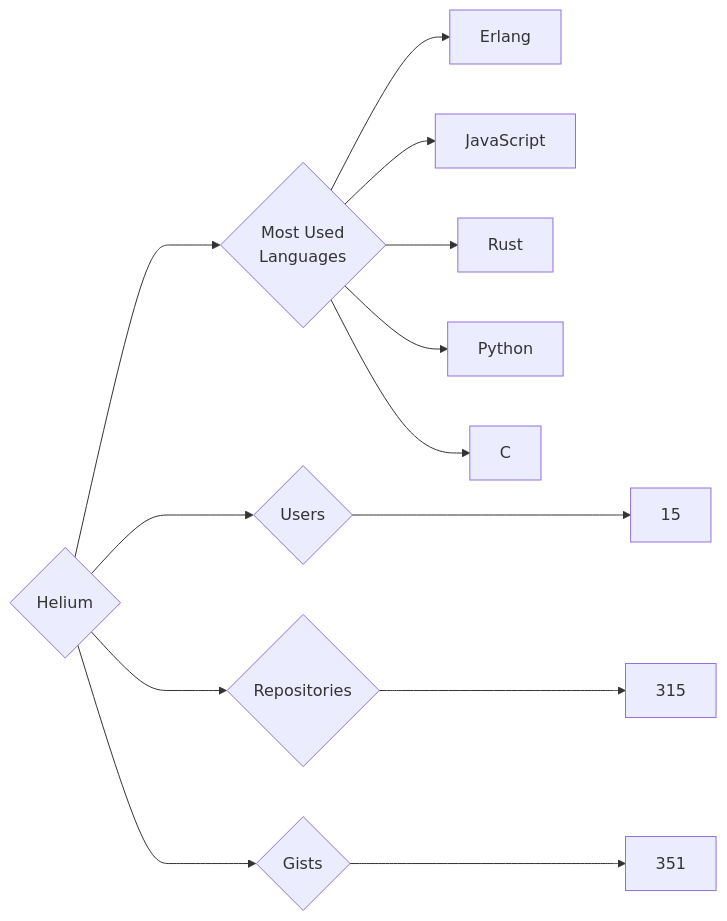
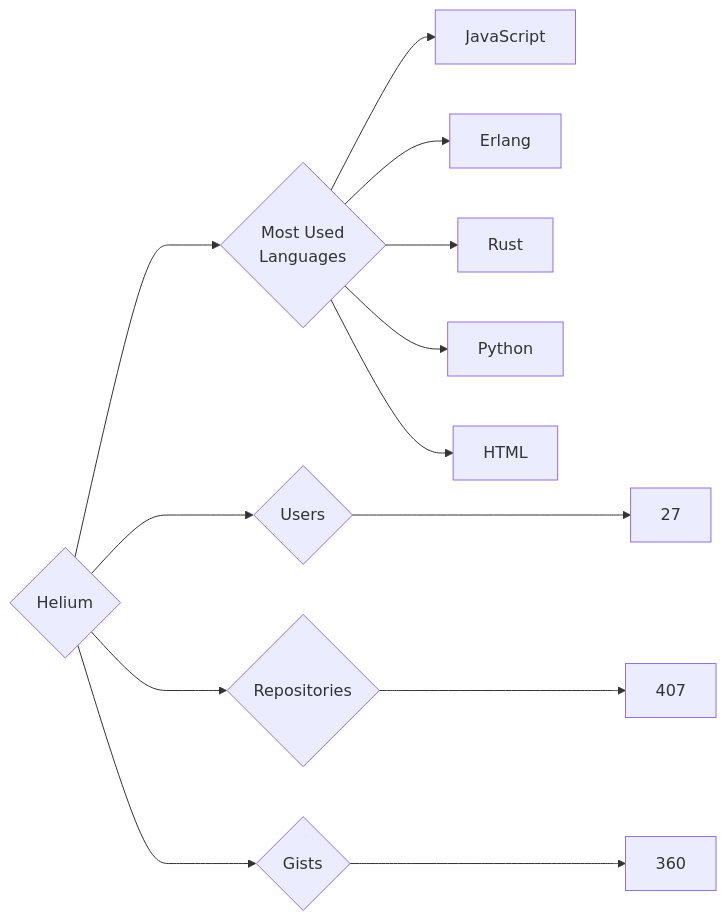
Before and after one commit to trickest/insiders: the diagram in targets/Helium/README.md, drawn with Mermaid. The commit also changed 772 other files, not shown here.

````diff
--- a/targets/Helium/README.md
+++ b/targets/Helium/README.md
@@ -3,13 +3,13 @@
 ```mermaid
 graph LR
 COMPANY_NAME{Helium}
-COMPANY_NAME ---> U{Users} ---> UN[15]
-COMPANY_NAME ---> R{Repositories} ---> RN[315]
-COMPANY_NAME ---> G{Gists} ---> GN[351]
+COMPANY_NAME ---> U{Users} ---> UN[27]
+COMPANY_NAME ---> R{Repositories} ---> RN[407]
+COMPANY_NAME ---> G{Gists} ---> GN[360]
 COMPANY_NAME ---> ML{Most Used<br>Languages}
+ML --> JavaScript[JavaScript]
 ML --> Erlang[Erlang]
-ML --> JavaScript[JavaScript]
 ML --> Rust[Rust]
 ML --> Python[Python]
-ML --> C[C]
+ML --> HTML[HTML]
 ```
````
